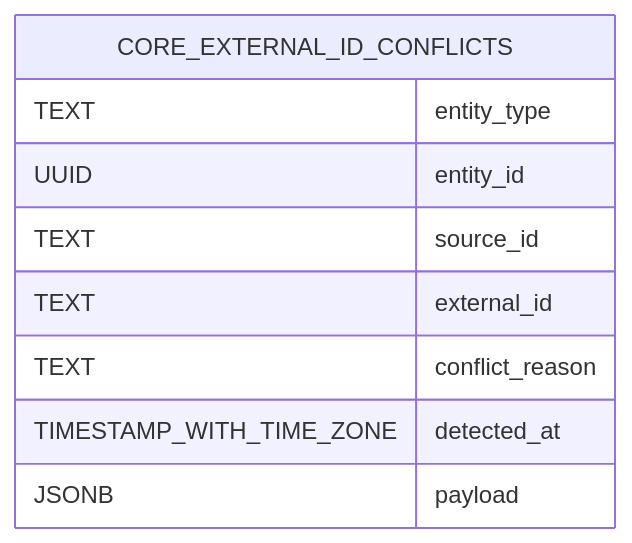
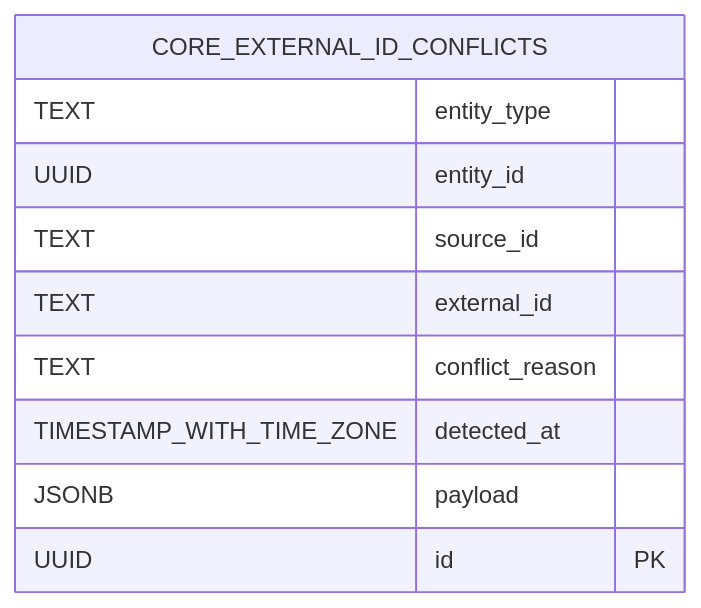
Before and after one commit to therealityreport/trr-backend: the diagram in supabase/schema_docs/diagrams/core.external_id_conflicts.mermaid.md, drawn with Mermaid. The commit also changed 73 other files, not shown here.

````diff
--- a/supabase/schema_docs/diagrams/core.external_id_conflicts.mermaid.md
+++ b/supabase/schema_docs/diagrams/core.external_id_conflicts.mermaid.md
@@ -4,12 +4,13 @@
 ```mermaid
 erDiagram
     CORE_EXTERNAL_ID_CONFLICTS {
         TEXT entity_type
         UUID entity_id
         TEXT source_id
         TEXT external_id
         TEXT conflict_reason
         TIMESTAMP_WITH_TIME_ZONE detected_at
         JSONB payload
+        UUID id PK
     }
 ```
````
